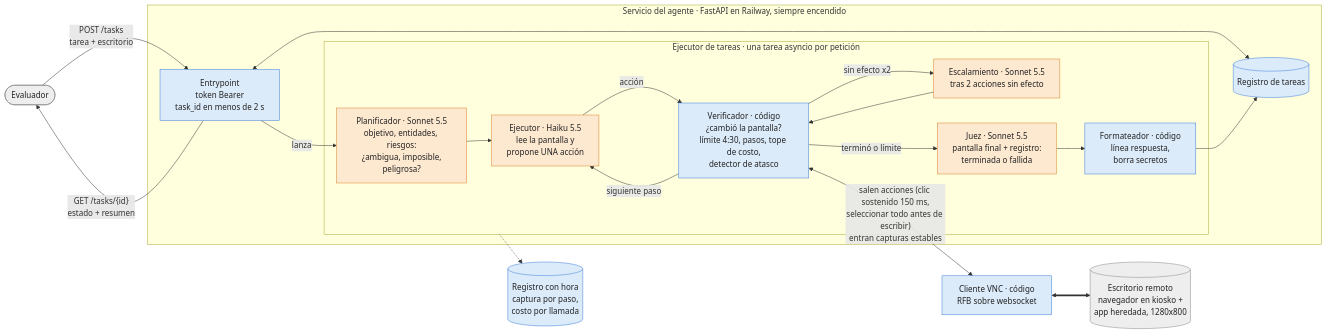
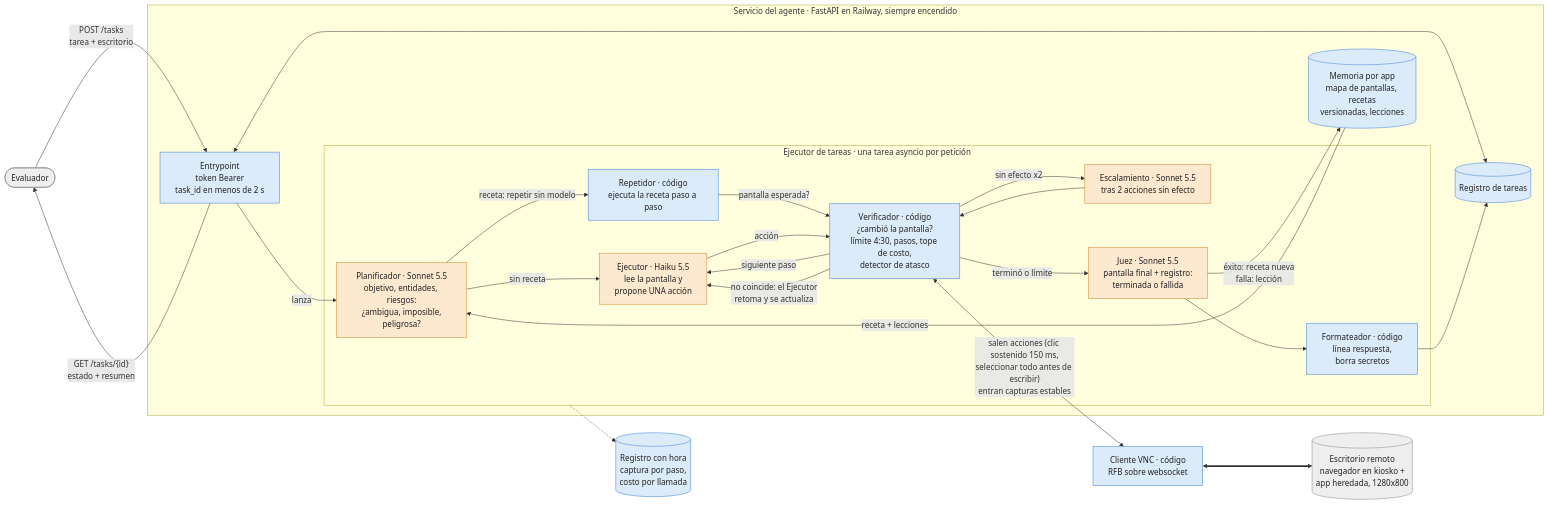
One commit to Jdtorres59/agente-sin-api changed the diagram in docs/architecture.mmd. Above: the diagram before and after it, drawn with Mermaid. The commit also changed 3 other files, not shown here.

Commit message:
Diseño: ciclo de aprendizaje compuesto con memoria por app, recetas verificadas y lecciones

```diff
--- a/docs/architecture.mmd
+++ b/docs/architecture.mmd
@@ -1,38 +1,44 @@
 flowchart LR
   G([Evaluador]) -->|"POST /tasks<br/>tarea + escritorio"| API
   API -->|"GET /tasks/{id}<br/>estado + resumen"| G
 
   subgraph SVC["Servicio del agente · FastAPI en Railway, siempre encendido"]
     API["Entrypoint<br/>token Bearer<br/>task_id en menos de 2 s"]
     STORE[("Registro de tareas")]
     API <--> STORE
 
     subgraph RUN["Ejecutor de tareas · una tarea asyncio por petición"]
       PLAN["Planificador · Sonnet 5.5<br/>objetivo, entidades, riesgos:<br/>¿ambigua, imposible,<br/>peligrosa?"]
       EXEC["Ejecutor · Haiku 5.5<br/>lee la pantalla y<br/>propone UNA acción"]
       VER["Verificador · código<br/>¿cambió la pantalla?<br/>límite 4:30, pasos, tope de costo,<br/>detector de atasco"]
       ESC["Escalamiento · Sonnet 5.5<br/>tras 2 acciones sin efecto"]
       JUDGE["Juez · Sonnet 5.5<br/>pantalla final + registro:<br/>terminada o fallida"]
       FMT["Formateador · código<br/>línea respuesta,<br/>borra secretos"]
-      PLAN --> EXEC
+      PLAN -->|sin receta| EXEC
+      PLAN -->|"receta: repetir sin modelo"| REP["Repetidor · código<br/>ejecuta la receta paso a paso"]
+      REP -->|pantalla esperada?| VER
       EXEC -->|acción| VER
       VER -->|siguiente paso| EXEC
       VER -->|sin efecto x2| ESC
       ESC --> VER
       VER -->|terminó o límite| JUDGE
       JUDGE --> FMT
     end
+    MEM[("Memoria por app<br/>mapa de pantallas, recetas<br/>versionadas, lecciones")]
+    MEM -->|receta + lecciones| PLAN
+    JUDGE -->|"éxito: receta nueva<br/>falla: lección"| MEM
+    VER -->|"no coincide: el Ejecutor<br/>retoma y se actualiza"| EXEC
     API -->|lanza| PLAN
     FMT --> STORE
   end
 
   VER <-->|"salen acciones (clic sostenido 150 ms,<br/>seleccionar todo antes de escribir)<br/>entran capturas estables"| VNC["Cliente VNC · código<br/>RFB sobre websocket"]
   VNC <==> DESK[("Escritorio remoto<br/>navegador en kiosko +<br/>app heredada, 1280x800")]
   RUN -.-> LOG[("Registro con hora<br/>captura por paso,<br/>costo por llamada")]
 
   classDef model fill:#fde8d0,stroke:#d9822b,color:#222;
   classDef code fill:#dcebfa,stroke:#3b7dd8,color:#222;
   classDef ext fill:#eeeeee,stroke:#888,color:#222;
   class PLAN,EXEC,ESC,JUDGE model;
-  class API,VER,FMT,VNC,STORE,LOG code;
+  class API,VER,FMT,VNC,STORE,LOG,REP,MEM code;
   class G,DESK ext;
```
